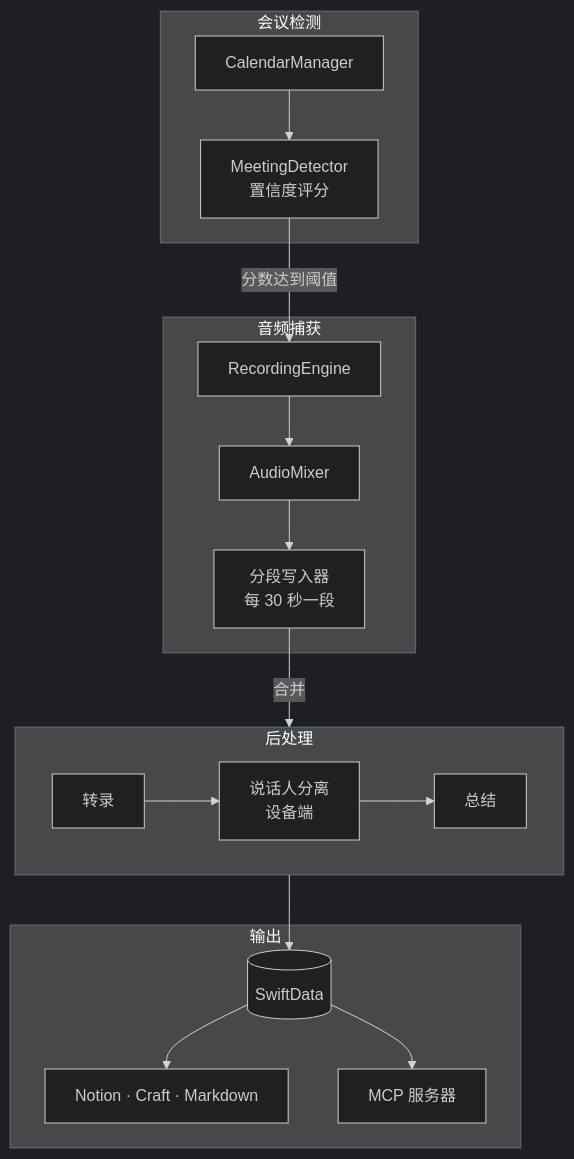
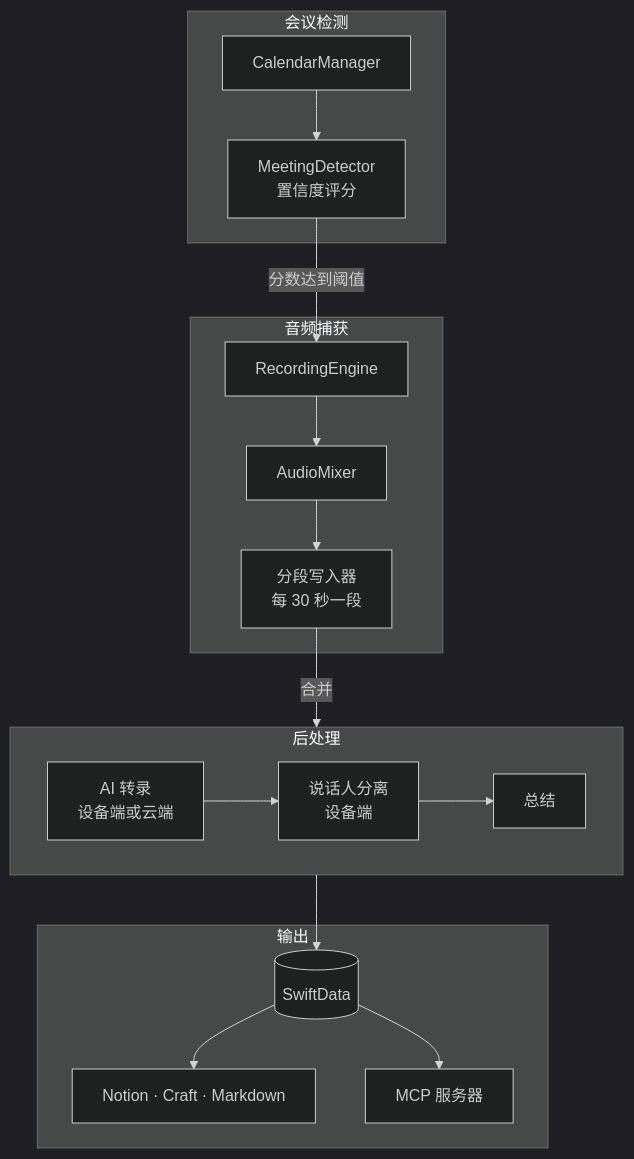
Before and after one commit to shuiandy/Cadenza: the diagram in README.zh-Hans.md, drawn with Mermaid (dark theme). The commit also changed other lines of this file and 61 other files, not shown here.

````diff
--- a/README.zh-Hans.md
+++ b/README.zh-Hans.md
@@ -130,34 +145,34 @@
 ```mermaid
 flowchart TB
     subgraph detect [会议检测]
         MD[MeetingDetector<br/>置信度评分]
         CAL[CalendarManager]
         CAL --> MD
     end
 
     subgraph capture [音频捕获]
         RE[RecordingEngine]
         AM[AudioMixer]
         SEG[分段写入器<br/>每 30 秒一段]
         RE --> AM --> SEG
     end
 
     subgraph post [后处理]
-        TR[转录]
+        TR[AI 转录<br/>设备端或云端]
         SD[说话人分离<br/>设备端]
         SUM[总结]
         TR --> SD --> SUM
     end
 
     subgraph out [输出]
         STORE[(SwiftData)]
         EXP[Notion · Craft · Markdown]
         MCP[MCP 服务器]
     end
 
     MD -->|分数达到阈值| RE
     SEG -->|合并| post
     post --> STORE
     STORE --> EXP
     STORE --> MCP
 ```
````
